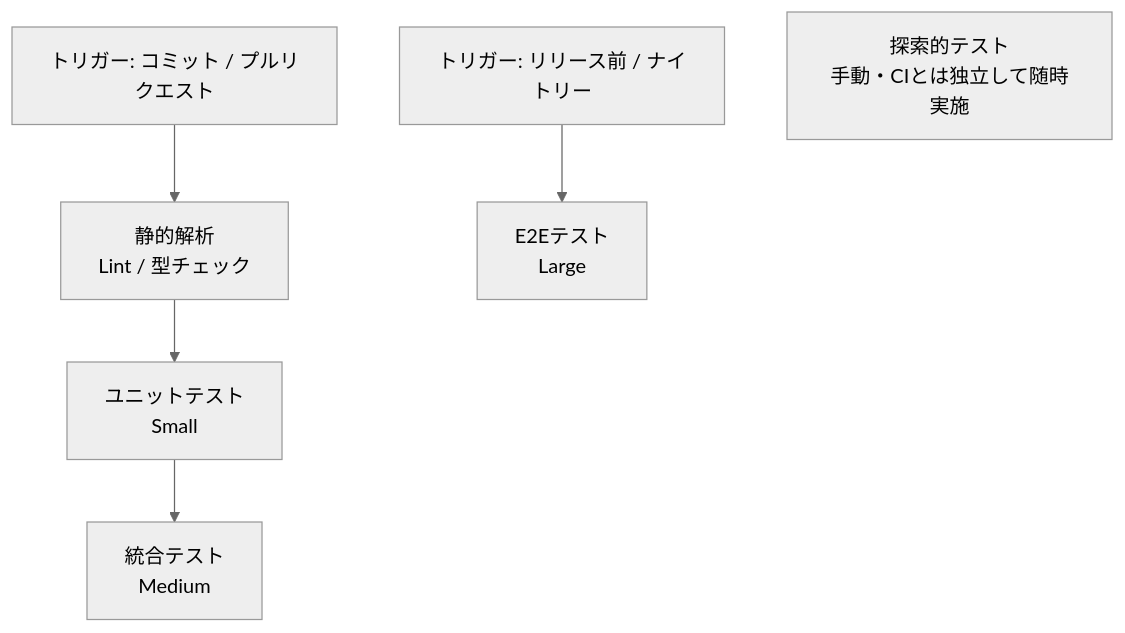
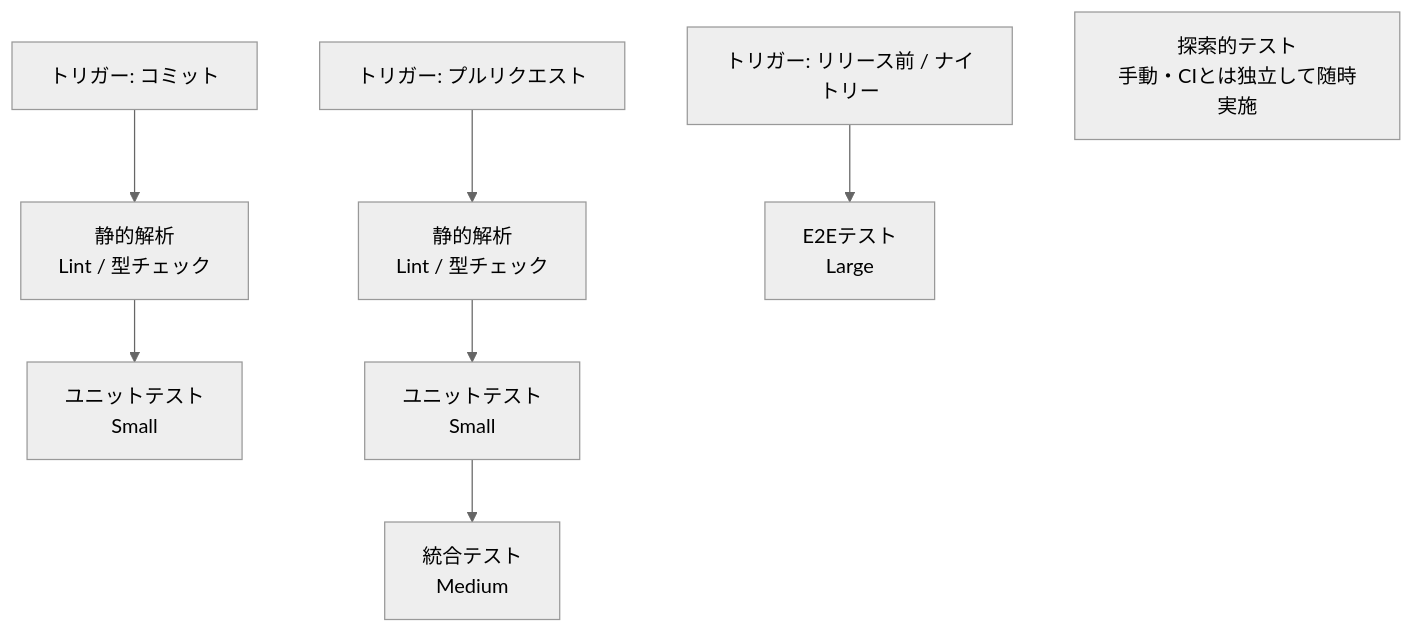
One commit to myoshi2891/Quality-Assurance-Studies changed the second of 8 diagrams in Beautiful-testing-guide.md. Above: the diagram before and after it, drawn with Mermaid (neutral theme). The commit also changed other lines of this file, not shown here.

Commit message:
docs(beautiful-testing): CIパイプラインのトリガー別ゲーティング図および解説を更新

````diff
--- a/Beautiful-testing-guide.md
+++ b/Beautiful-testing-guide.md
@@ -104,8 +104,10 @@
 ```mermaid
 flowchart TB
-    Commit["トリガー: コミット / プルリクエスト"] --> Static["静的解析<br/>Lint / 型チェック"]
-    Static --> Unit["ユニットテスト<br/>Small"]
-    Unit --> Integration["統合テスト<br/>Medium"]
+    Commit["トリガー: コミット"] --> StaticC["静的解析<br/>Lint / 型チェック"]
+    StaticC --> UnitC["ユニットテスト<br/>Small"]
+    PR["トリガー: プルリクエスト"] --> StaticP["静的解析<br/>Lint / 型チェック"]
+    StaticP --> UnitP["ユニットテスト<br/>Small"]
+    UnitP --> Integration["統合テスト<br/>Medium"]
     Release["トリガー: リリース前 / ナイトリー"] --> E2E["E2Eテスト<br/>Large"]
     Manual["探索的テスト<br/>手動・CIとは独立して随時実施"]
 ```
````
